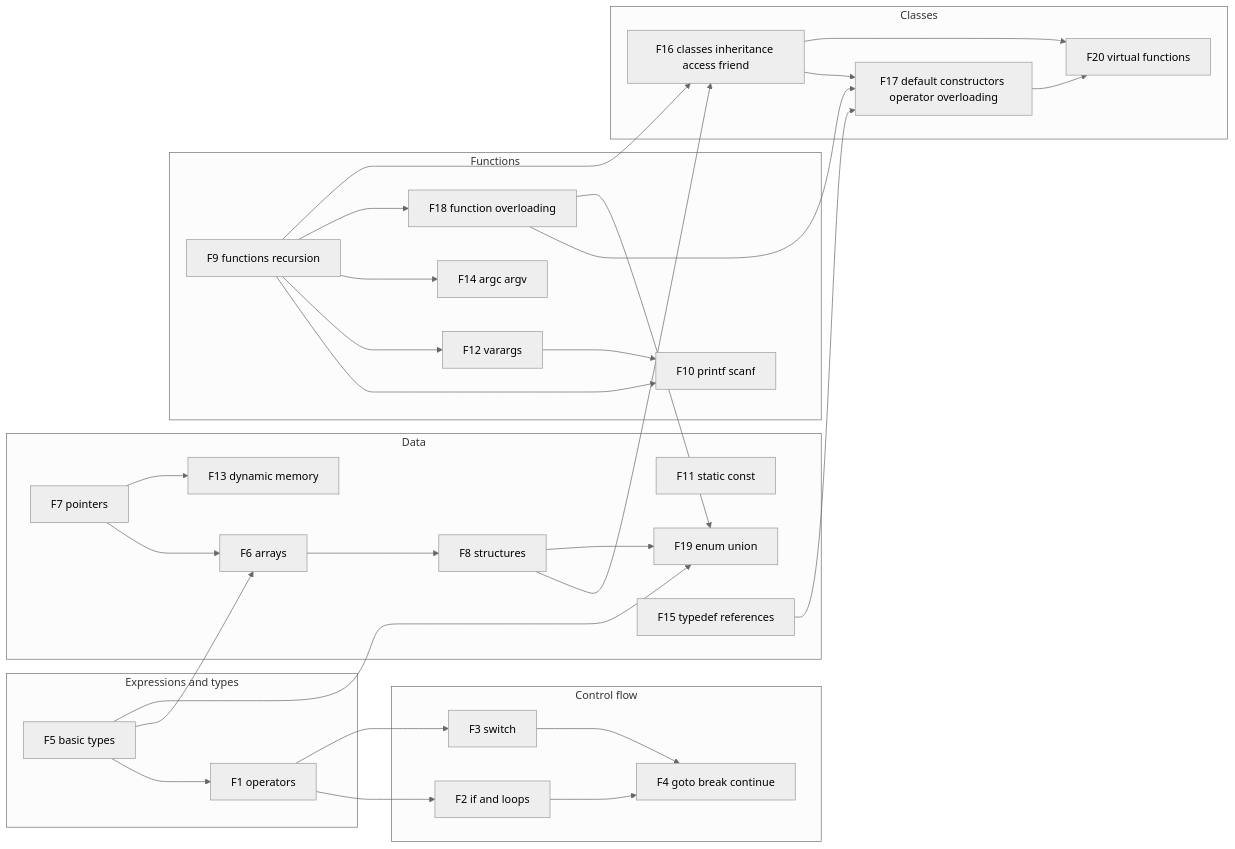
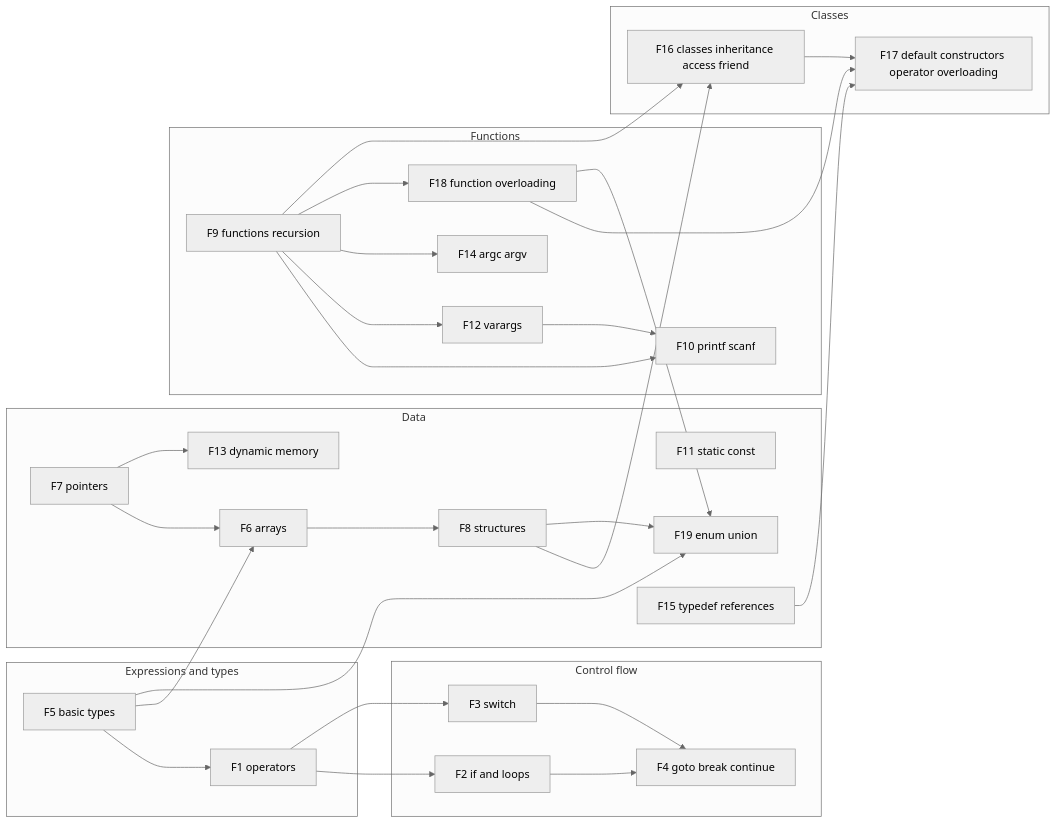
The second of 3 diagrams in docs/FEATURE_CONNECTIVITY.md (migikun474/COMPILER-DESIGN), drawn with Mermaid (neutral theme) before and after one commit. The commit also changed other lines of this file and 271 other files, not shown here.

First line of the commit message:
Remove virtual functions again: no overriding, vtables or abstract classes (D47)

````diff
--- a/docs/FEATURE_CONNECTIVITY.md
+++ b/docs/FEATURE_CONNECTIVITY.md
@@ -43,57 +43,54 @@
 ```mermaid
 flowchart LR
     subgraph EXPR["Expressions and types"]
         F1["F1 operators"]
         F5["F5 basic types"]
     end
     subgraph CTRL["Control flow"]
         F2["F2 if and loops"]
         F3["F3 switch"]
         F4["F4 goto break continue"]
     end
     subgraph DATA["Data"]
         F6["F6 arrays"]
         F7["F7 pointers"]
         F8["F8 structures"]
         F11["F11 static const"]
         F19["F19 enum union"]
         F13["F13 dynamic memory"]
         F15["F15 typedef references"]
     end
     subgraph CALLS["Functions"]
         F9["F9 functions recursion"]
         F10["F10 printf scanf"]
         F12["F12 varargs"]
         F14["F14 argc argv"]
         F18["F18 function overloading"]
     end
     subgraph OOP["Classes"]
         F16["F16 classes inheritance access friend"]
         F17["F17 default constructors operator overloading"]
-        F20["F20 virtual functions"]
     end
     F1 --> F2
     F1 --> F3
     F5 --> F1
     F2 --> F4
     F3 --> F4
     F5 --> F6
     F7 --> F6
     F7 --> F13
     F8 --> F16
     F6 --> F8
     F9 --> F10
     F9 --> F12
     F12 --> F10
     F9 --> F14
     F9 --> F18
     F18 --> F17
     F16 --> F17
     F15 --> F17
     F9 --> F16
     F5 --> F19
     F8 --> F19
     F18 --> F19
-    F16 --> F20
-    F17 --> F20
 ```
````
